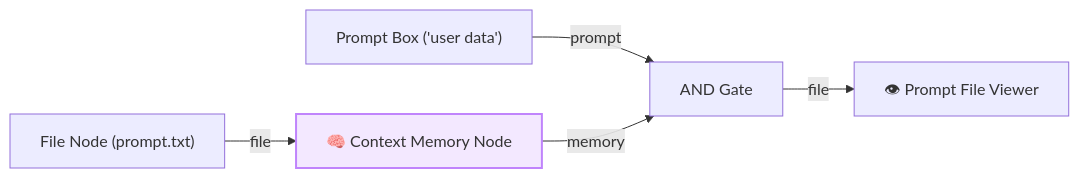
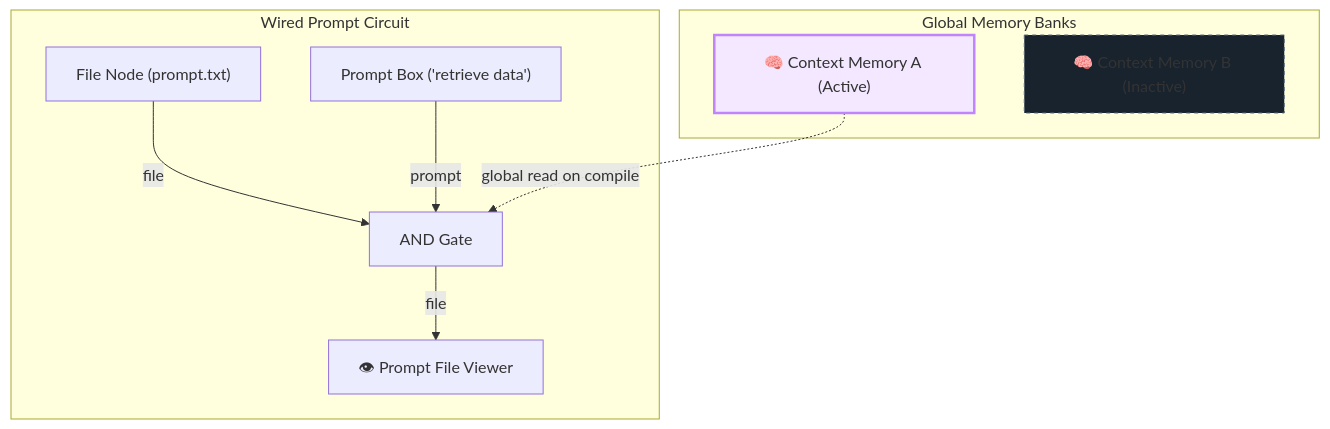
The diagram in wiki/memory.md (WithSJ/Prompt-Logic-Gates-PLG), drawn with Mermaid before and after one commit. The commit also changed other lines of this file and 5 other files, not shown here.

Commit message:
feat(memory): decouple Context Memory nodes into wireless floating global banks with independent enable/disable toggle switches

````diff
--- a/wiki/memory.md
+++ b/wiki/memory.md
@@ -109,8 +121,17 @@
 ```mermaid
-graph LR
-    FileNode["File Node (prompt.txt)"] -- file --> ContextMemory["🧠 Context Memory Node"]
-    PromptBox["Prompt Box ('user data')"] -- prompt --> AND["AND Gate"]
-    ContextMemory -- memory --> AND
-    AND -- file --> FileViewer["👁 Prompt File Viewer"]
-    style ContextMemory fill:#f3e8ff,stroke:#c084fc,stroke-width:2px;
+graph TD
+    subgraph Global Memory Banks
+        CM1["🧠 Context Memory A (Active)"]
+        CM2["🧠 Context Memory B (Inactive)"]
+        style CM1 fill:#f3e8ff,stroke:#c084fc,stroke-width:2.5px;
+        style CM2 fill:#19232e,stroke:#5c6f7e,stroke-width:1px,stroke-dasharray: 4;
+    end
+
+    subgraph Wired Prompt Circuit
+        FileNode["File Node (prompt.txt)"] -- file --> AND["AND Gate"]
+        PromptBox["Prompt Box ('retrieve data')"] -- prompt --> AND
+        AND -- file --> FileViewer["👁 Prompt File Viewer"]
+    end
+
+    CM1 -. global read on compile .-> AND
 ```
````
